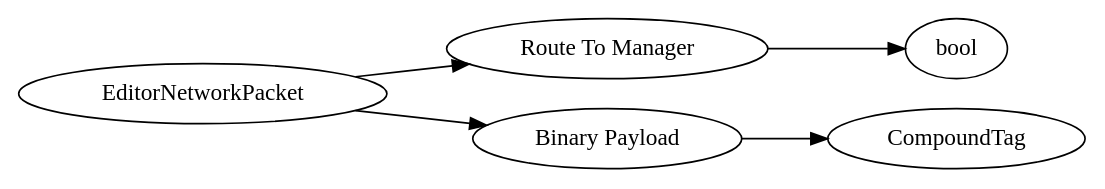
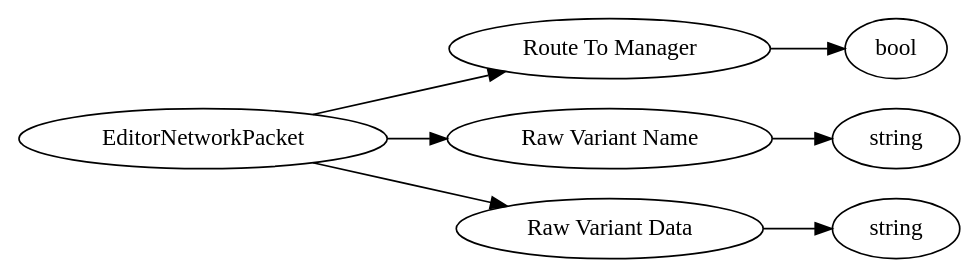
Before and after one commit to Mojang/bedrock-protocol-docs: the diagram in dot/EditorNetworkPacket.dot, drawn with Graphviz. The commit also changed 589 other files, not shown here.

```diff
--- a/dot/EditorNetworkPacket.dot
+++ b/dot/EditorNetworkPacket.dot
@@ -1,16 +1,20 @@
 digraph "EditorNetworkPacket" {
 rankdir = LR
 0
 0 -> 1
 1 -> 2
 0 -> 3
 3 -> 4
+0 -> 5
+5 -> 6
 
 0 [label="EditorNetworkPacket",comment="name: \"EditorNetworkPacket\", typeName: \"\", id: 0, branchId: 190, recurseId: -1, attributes: 0, notes: \"\""];
 1 [label="Route To Manager",comment="name: \"Route To Manager\", typeName: \"\", id: 1, branchId: 0, recurseId: -1, attributes: 0, notes: \"\""];
 2 [label="bool",comment="name: \"bool\", typeName: \"\", id: 2, branchId: 0, recurseId: -1, attributes: 512, notes: \"\""];
-3 [label="Binary Payload",comment="name: \"Binary Payload\", typeName: \"CompoundTag\", id: 3, branchId: 0, recurseId: -1, attributes: 256, notes: \"\""];
-4 [label="CompoundTag",comment="name: \"CompoundTag\", typeName: \"\", id: 4, branchId: 0, recurseId: -1, attributes: 512, notes: \"\""];
-{ rank = max;2;4}
+3 [label="Raw Variant Name",comment="name: \"Raw Variant Name\", typeName: \"\", id: 3, branchId: 0, recurseId: -1, attributes: 0, notes: \"\""];
+4 [label="string",comment="name: \"string\", typeName: \"\", id: 4, branchId: 0, recurseId: -1, attributes: 512, notes: \"\""];
+5 [label="Raw Variant Data",comment="name: \"Raw Variant Data\", typeName: \"\", id: 5, branchId: 0, recurseId: -1, attributes: 0, notes: \"\""];
+6 [label="string",comment="name: \"string\", typeName: \"\", id: 6, branchId: 0, recurseId: -1, attributes: 512, notes: \"\""];
+{ rank = max;2;4;6}
 
 }
```
